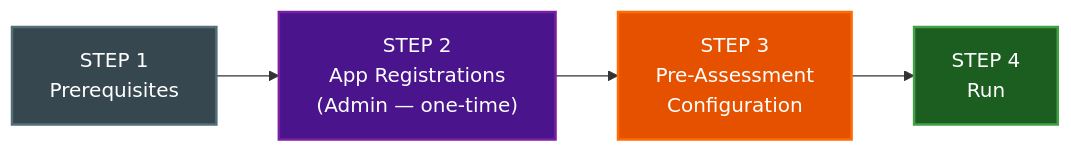
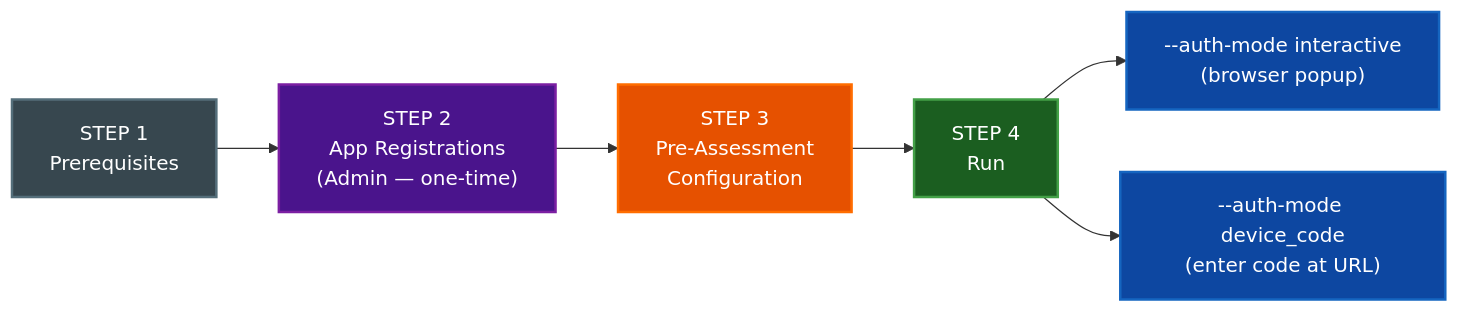
One commit to mironi-org/m365-copilot-automated-readiness-assessment changed the first of 2 diagrams in INTERACTIVE-AUTH-GUIDELINES.md. Above: the diagram before and after it, drawn with Mermaid. The commit also changed other lines of this file and 9 other files, not shown here.

Commit message:
Update interactive auth and Purview data collection

````diff
--- a/INTERACTIVE-AUTH-GUIDELINES.md
+++ b/INTERACTIVE-AUTH-GUIDELINES.md
@@ -32,19 +36,24 @@
 ```mermaid
 flowchart LR
     S1["STEP 1\nPrerequisites"]
     S2["STEP 2\nApp Registrations\n(Admin — one-time)"]
     S3["STEP 3\nPre-Assessment\nConfiguration"]
     S4["STEP 4\nRun"]
 
     S1 --> S2 --> S3 --> S4
 
+    S4 --> M1["--auth-mode interactive\n(browser popup)"]
+    S4 --> M2["--auth-mode device_code\n(enter code at URL)"]
+
     classDef prereq fill:#37474F,stroke:#546E7A,color:#FFF,stroke-width:2px
     classDef appreg fill:#4A148C,stroke:#7B1FA2,color:#FFF,stroke-width:2px
     classDef env fill:#E65100,stroke:#FF6D00,color:#FFF,stroke-width:2px
     classDef run fill:#1B5E20,stroke:#43A047,color:#FFF,stroke-width:2px
+    classDef mode fill:#0D47A1,stroke:#1565C0,color:#FFF,stroke-width:2px
 
     class S1 prereq
     class S2 appreg
     class S3 env
     class S4 run
+    class M1,M2 mode
 ```
````
